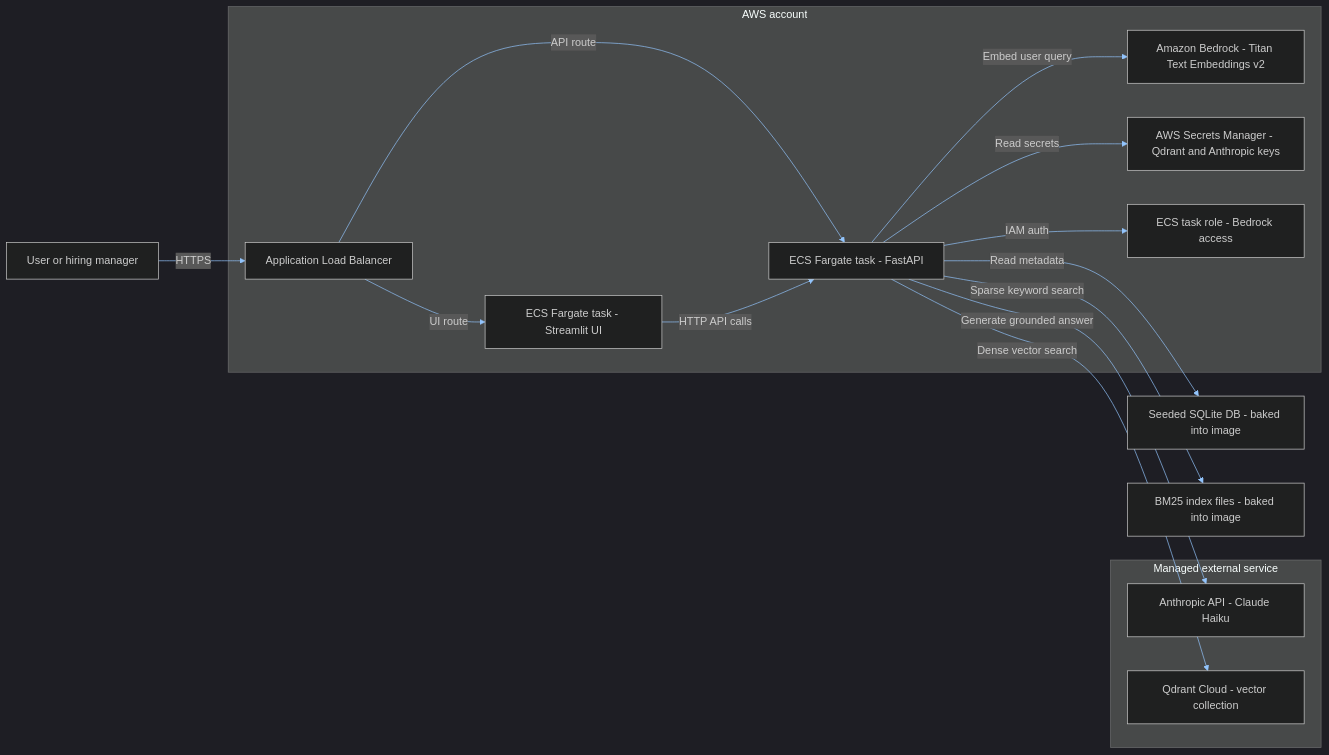
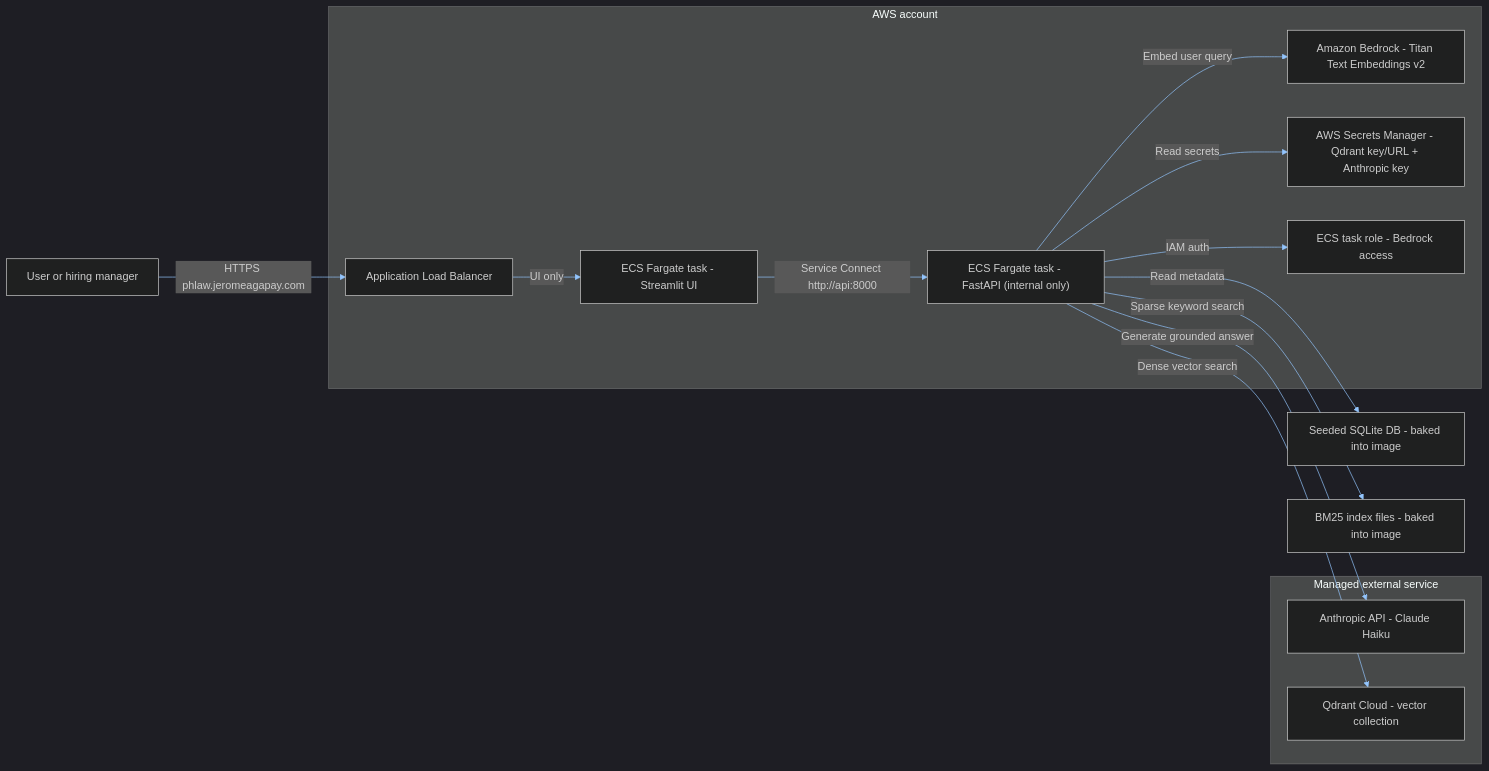
The first of 3 diagrams in docs/aws_deployment_diagram.md (r-ome/ph-law-rag), drawn with Mermaid before and after one commit. The commit also changed other lines of this file, not shown here.

````diff
--- a/docs/aws_deployment_diagram.md
+++ b/docs/aws_deployment_diagram.md
@@ -9,32 +9,31 @@
 ```mermaid
 %%{init: {"theme": "dark", "themeVariables": {"background": "#111827", "primaryColor": "#1f2937", "primaryTextColor": "#f9fafb", "primaryBorderColor": "#60a5fa", "lineColor": "#93c5fd", "secondaryColor": "#111827", "tertiaryColor": "#374151"}}}%%
 flowchart LR
-    user["User or hiring manager"] -->|HTTPS| alb["Application Load Balancer"]
+    user["User or hiring manager"] -->|HTTPS phlaw.jeromeagapay.com| alb["Application Load Balancer"]
 
-    alb -->|UI route| ui["ECS Fargate task - Streamlit UI"]
-    alb -->|API route| api["ECS Fargate task - FastAPI"]
+    alb -->|UI only| ui["ECS Fargate task - Streamlit UI"]
 
-    ui -->|HTTP API calls| api
+    ui -->|Service Connect http://api:8000| api["ECS Fargate task - FastAPI (internal only)"]
 
     api -->|Embed user query| titan["Amazon Bedrock - Titan Text Embeddings v2"]
     api -->|Generate grounded answer| anthropic["Anthropic API - Claude Haiku"]
     api -->|Dense vector search| qdrant["Qdrant Cloud - vector collection"]
     api -->|Read metadata| sqlite["Seeded SQLite DB - baked into image"]
     api -->|Sparse keyword search| bm25["BM25 index files - baked into image"]
-    api -->|Read secrets| secrets["AWS Secrets Manager - Qdrant and Anthropic keys"]
+    api -->|Read secrets| secrets["AWS Secrets Manager - Qdrant key/URL + Anthropic key"]
     api -->|IAM auth| taskRole["ECS task role - Bedrock access"]
 
     subgraph aws["AWS account"]
         alb
         ui
         api
         secrets
         taskRole
         titan
     end
 
     subgraph managed["Managed external service"]
         qdrant
         anthropic
     end
 ```
````
